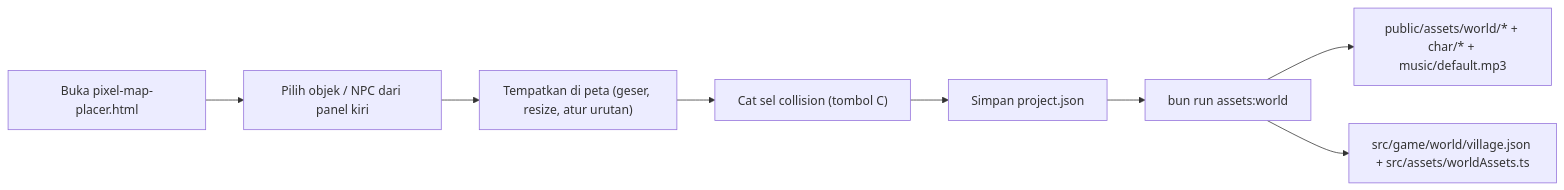
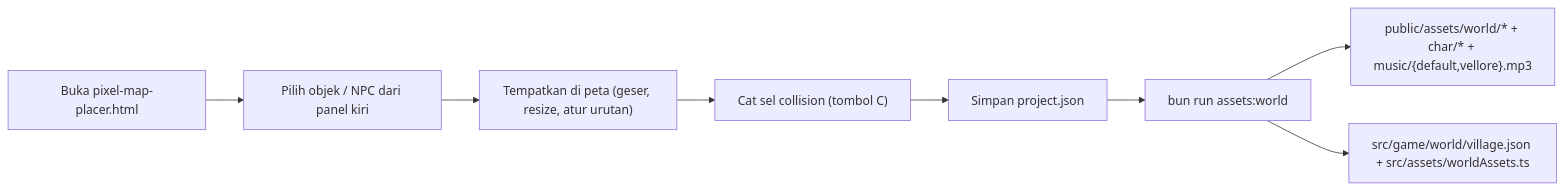
The diagram in docs/04-game/world-design.md (justeita/ClassQuest), drawn with Mermaid before and after one commit. The commit also changed other lines of this file and 14 other files, not shown here.

````diff
--- a/docs/04-game/world-design.md
+++ b/docs/04-game/world-design.md
@@ -118,10 +118,10 @@
 ```mermaid
 flowchart LR
   A["Buka pixel-map-placer.html"] --> B["Pilih objek / NPC dari panel kiri"]
   B --> C["Tempatkan di peta (geser, resize, atur urutan)"]
   C --> D["Cat sel collision (tombol C)"]
   D --> E["Simpan project.json"]
   E --> F["bun run assets:world"]
-  F --> G["public/assets/world/* + char/* + music/default.mp3"]
+  F --> G["public/assets/world/* + char/* + music/{default,vellore}.mp3"]
   F --> H["src/game/world/village.json + src/assets/worldAssets.ts"]
 ```
````
